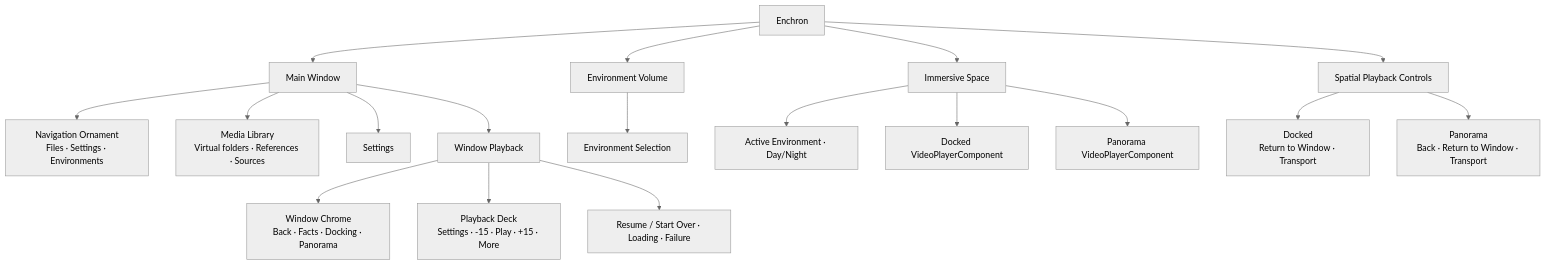
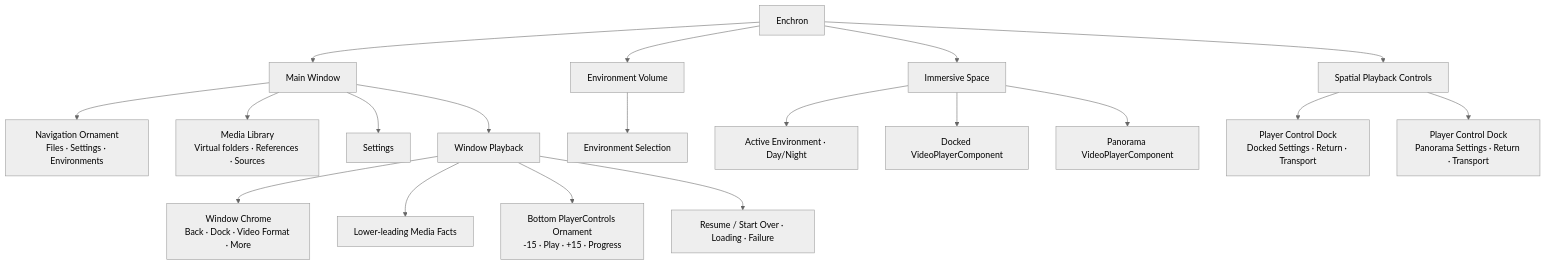
One commit to 1873663116/Enchron changed the first of 2 diagrams in docs/ui/README.md. Above: the diagram before and after it, drawn with Mermaid (neutral theme). The commit also changed other lines of this file and 2 other files, not shown here.

Commit message:
Document spatial playback surface contracts

````diff
--- a/docs/ui/README.md
+++ b/docs/ui/README.md
@@ -5,23 +5,24 @@
 ```mermaid
 flowchart TD
     App["Enchron"] --> Main["Main Window"]
     App --> Volume["Environment Volume"]
     App --> Space["Immersive Space"]
     App --> Controls["Spatial Playback Controls"]
 
     Main --> Nav["Navigation Ornament\nFiles · Settings · Environments"]
     Main --> Files["Media Library\nVirtual folders · References · Sources"]
     Main --> Settings["Settings"]
     Main --> WindowPlayback["Window Playback"]
 
-    WindowPlayback --> Top["Window Chrome\nBack · Facts · Docking · Panorama"]
-    WindowPlayback --> Deck["Playback Deck\nSettings · -15 · Play · +15 · More"]
+    WindowPlayback --> Top["Window Chrome\nBack · Dock · Video Format · More"]
+    WindowPlayback --> Facts["Lower-leading Media Facts"]
+    WindowPlayback --> Deck["Bottom PlayerControls Ornament\n-15 · Play · +15 · Progress"]
     WindowPlayback --> Overlay["Resume / Start Over · Loading · Failure"]
 
     Volume --> Carousel["Environment Selection"]
     Space --> Environment["Active Environment · Day/Night"]
     Space --> Docked["Docked VideoPlayerComponent"]
     Space --> Panorama["Panorama VideoPlayerComponent"]
-    Controls --> DockedDeck["Docked\nReturn to Window · Transport"]
-    Controls --> PanoramaDeck["Panorama\nBack · Return to Window · Transport"]
+    Controls --> DockedDeck["Player Control Dock\nDocked Settings · Return · Transport"]
+    Controls --> PanoramaDeck["Player Control Dock\nPanorama Settings · Return · Transport"]
 ```
````
